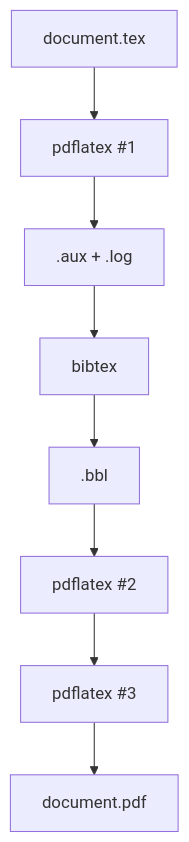
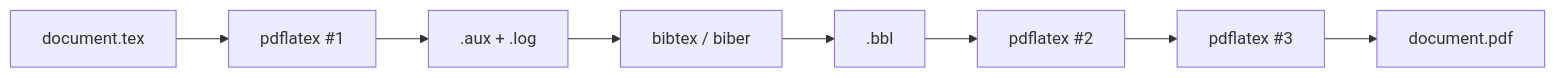
Before and after one commit to dvrch/mergdown2tex: the second of 2 diagrams in docs/compilation/pdf.md, drawn with Mermaid. The commit also changed other lines of this file and 17 other files, not shown here.

````diff
--- a/docs/compilation/pdf.md
+++ b/docs/compilation/pdf.md
@@ -132,10 +81,10 @@
 ```mermaid
-graph TD
+graph LR
     A[document.tex] --> B[pdflatex #1]
     B --> C[.aux + .log]
-    C --> D[bibtex]
+    C --> D[bibtex / biber]
     D --> E[.bbl]
     E --> F[pdflatex #2]
     F --> G[pdflatex #3]
     G --> H[document.pdf]
 ```
````
